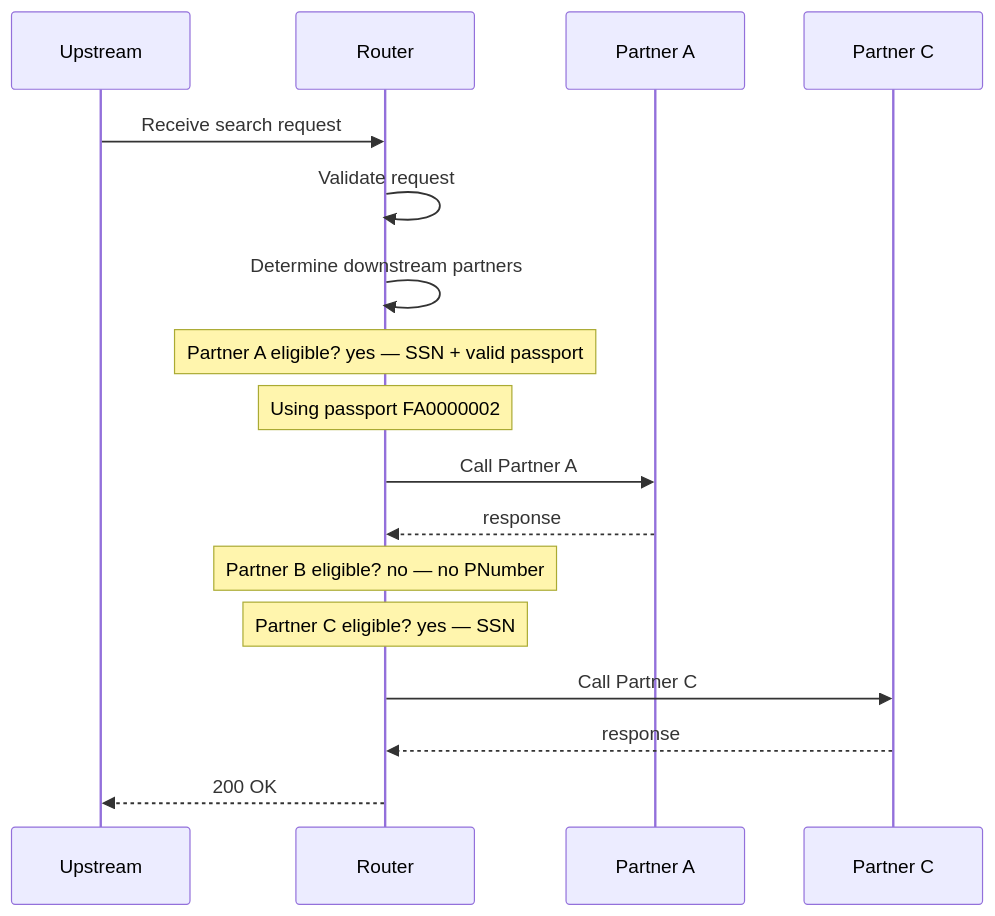
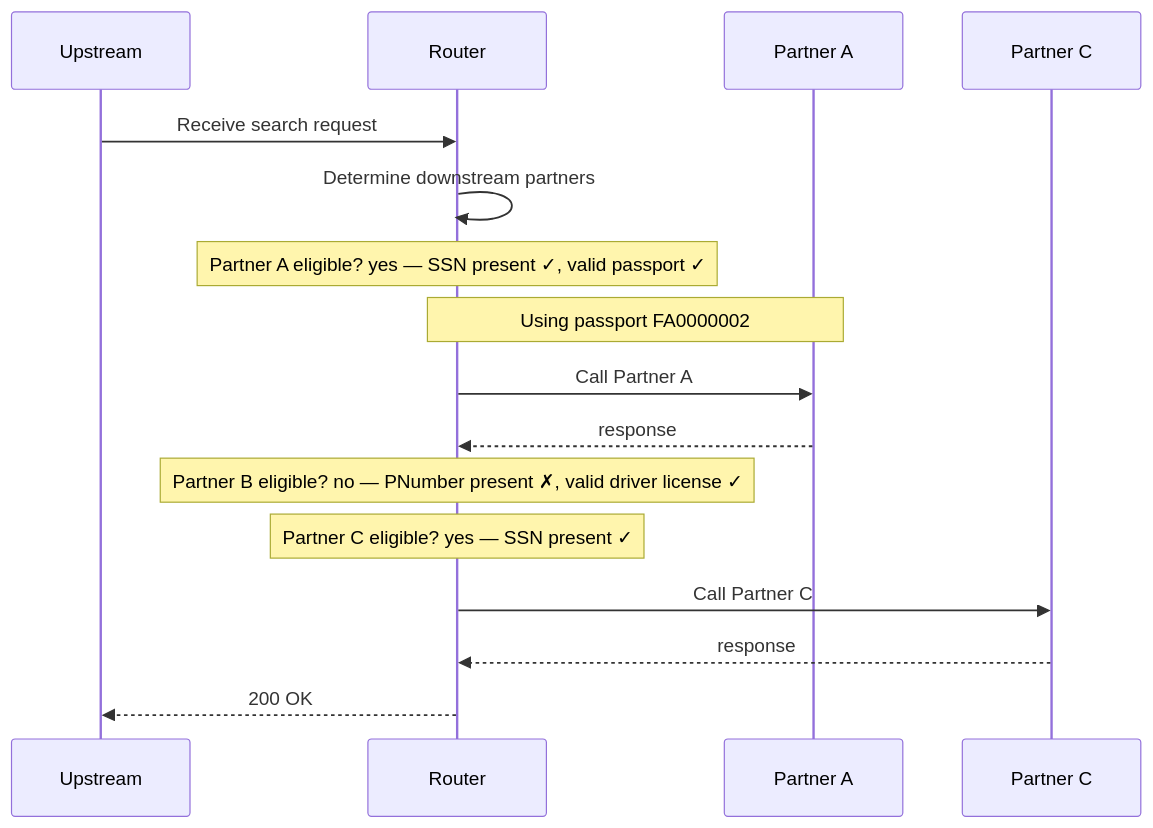
One commit to jwdomes/automockit changed the diagram in main-app/docs/flows/a-and-c.mmd. Above: the diagram before and after it, drawn with Mermaid. The commit also changed 106 other files, not shown here.

First line of the commit message:
Extract flow docs into add-only library modules; switch Gradle to Groovy

```diff
--- a/main-app/docs/flows/a-and-c.mmd
+++ b/main-app/docs/flows/a-and-c.mmd
@@ -1,18 +1,17 @@
 sequenceDiagram
     %% SSN and valid passport but no PNumber: A and C are called, B is skipped
     participant UPSTREAM as Upstream
     participant ROUTER as Router
     participant PARTNER_A as Partner A
     participant PARTNER_C as Partner C
     UPSTREAM->>ROUTER: Receive search request
-    ROUTER->>ROUTER: Validate request
     ROUTER->>ROUTER: Determine downstream partners
-    Note over ROUTER: Partner A eligible? yes — SSN + valid passport
-    Note over ROUTER: Using passport FA0000002
+    Note over ROUTER: Partner A eligible? yes — SSN present ✓, valid passport ✓
+    Note over ROUTER,PARTNER_A: Using passport FA0000002
     ROUTER->>PARTNER_A: Call Partner A
     PARTNER_A-->>ROUTER: response
-    Note over ROUTER: Partner B eligible? no — no PNumber
-    Note over ROUTER: Partner C eligible? yes — SSN
+    Note over ROUTER: Partner B eligible? no — PNumber present ✗, valid driver license ✓
+    Note over ROUTER: Partner C eligible? yes — SSN present ✓
     ROUTER->>PARTNER_C: Call Partner C
     PARTNER_C-->>ROUTER: response
     ROUTER-->>UPSTREAM: 200 OK
```
